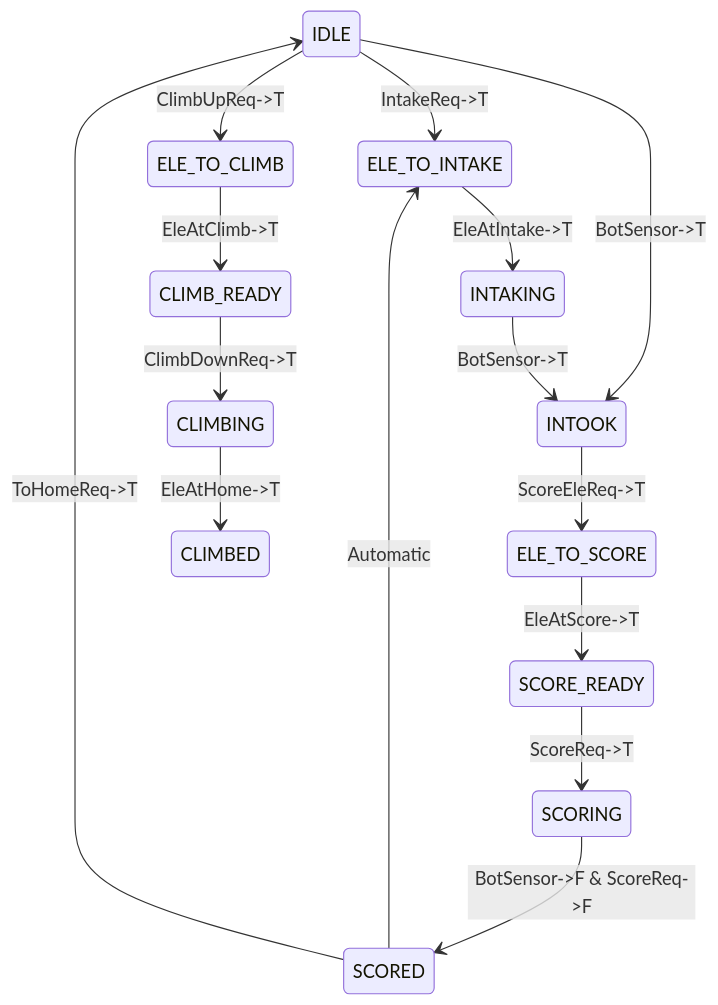
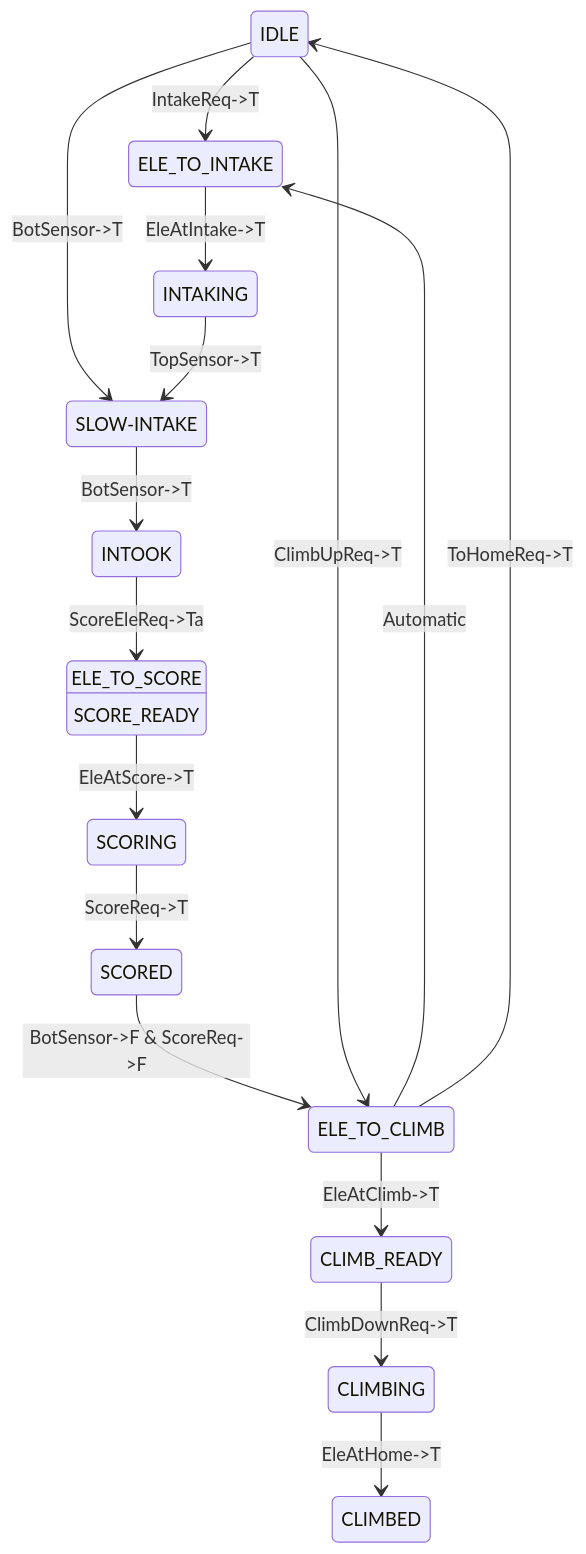
One commit to WaltonRobotics/Reefscape changed the diagram in docs/Superstructure.md. Above: the diagram before and after it, drawn with Mermaid. The commit also changed other lines of this file and 1 other file, not shown here.

````diff
--- a/docs/Superstructure.md
+++ b/docs/Superstructure.md
@@ -17,31 +17,33 @@
 ```mermaid
 stateDiagram
     state "IDLE" as s1
     state "ELE_TO_INTAKE" as s2
     state "INTAKING" as s3
-    state "INTOOK" as s4
-    state "ELE_TO_SCORE" as s5
+    state "SLOW-INTAKE" as s4
+    state "INTOOK" as s5
+    state "ELE_TO_SCORE" as s6
     state "SCORE_READY" as s6
     state "SCORING" as s7
     state "SCORED" as s8
     state "ELE_TO_CLIMB" as s9
     state "CLIMB_READY" as s10
     state "CLIMBING" as s11
     state "CLIMBED" as s12
 
     s1 --> s2: IntakeReq->T
     s1 --> s4: BotSensor->T
     s2 --> s3: EleAtIntake->T
-    s3 --> s4: BotSensor->T
-    s4 --> s5: ScoreEleReq->T
-    s5 --> s6: EleAtScore->T
-    s6 --> s7: ScoreReq->T
-    s7 --> s8: BotSensor->F & ScoreReq->F
-    s8 --> s2: Automatic
-    s8 --> s1: ToHomeReq->T
+    s3 --> s4: TopSensor->T
+    s4 --> s5: BotSensor->T
+    s5 --> s6: ScoreEleReq->Ta
+    s6 --> s7: EleAtScore->T
+    s7 --> s8: ScoreReq->T
+    s8 --> s9: BotSensor->F & ScoreReq->F
+    s9 --> s2: Automatic
+    s9 --> s1: ToHomeReq->T
     s1 --> s9: ClimbUpReq->T
     s9 --> s10: EleAtClimb->T
     s10 --> s11: ClimbDownReq->T
     s11 --> s12: EleAtHome->T
 
 ```
````
